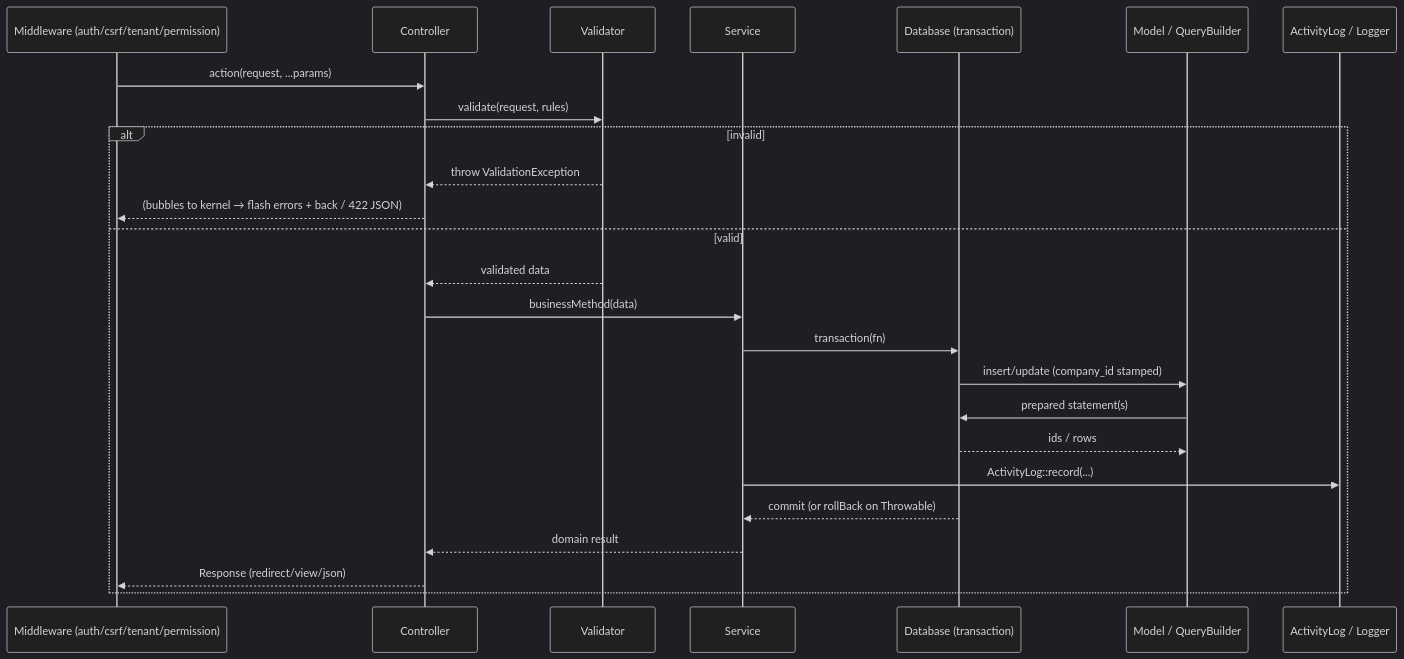
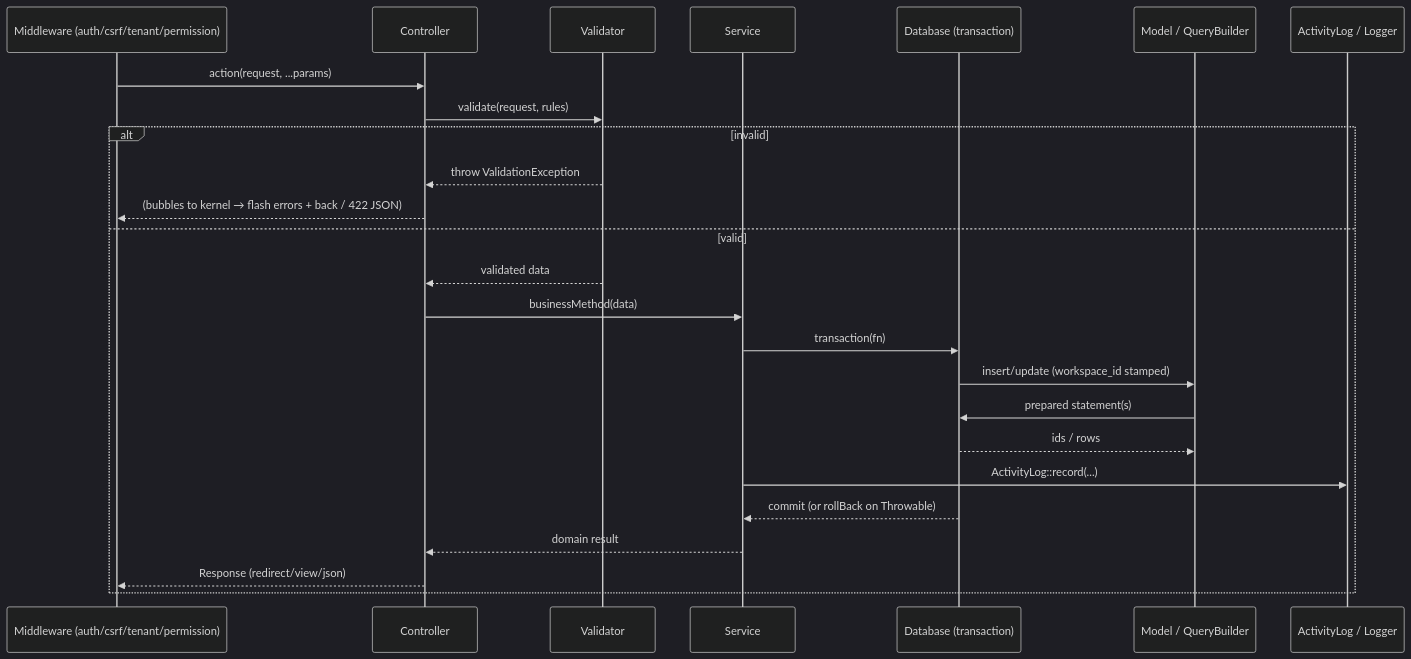
The second of 2 diagrams in docs/31-Backend-Architecture.md (ammarnabileg/crm), drawn with Mermaid (dark theme) before and after one commit. The commit also changed other lines of this file and 47 other files, not shown here.

````diff
--- a/docs/31-Backend-Architecture.md
+++ b/docs/31-Backend-Architecture.md
@@ -116,28 +116,28 @@
 ```mermaid
 sequenceDiagram
     participant MW as Middleware (auth/csrf/tenant/permission)
     participant C as Controller
     participant V as Validator
     participant Svc as Service
     participant DB as Database (transaction)
     participant M as Model / QueryBuilder
     participant Log as ActivityLog / Logger
 
     MW->>C: action(request, ...params)
     C->>V: validate(request, rules)
     alt invalid
         V-->>C: throw ValidationException
         C-->>MW: (bubbles to kernel → flash errors + back / 422 JSON)
     else valid
         V-->>C: validated data
         C->>Svc: businessMethod(data)
         Svc->>DB: transaction(fn)
-        DB->>M: insert/update (company_id stamped)
+        DB->>M: insert/update (workspace_id stamped)
         M->>DB: prepared statement(s)
         DB-->>M: ids / rows
         Svc->>Log: ActivityLog::record(...)
         DB-->>Svc: commit (or rollBack on Throwable)
         Svc-->>C: domain result
         C-->>MW: Response (redirect/view/json)
     end
 ```
````
